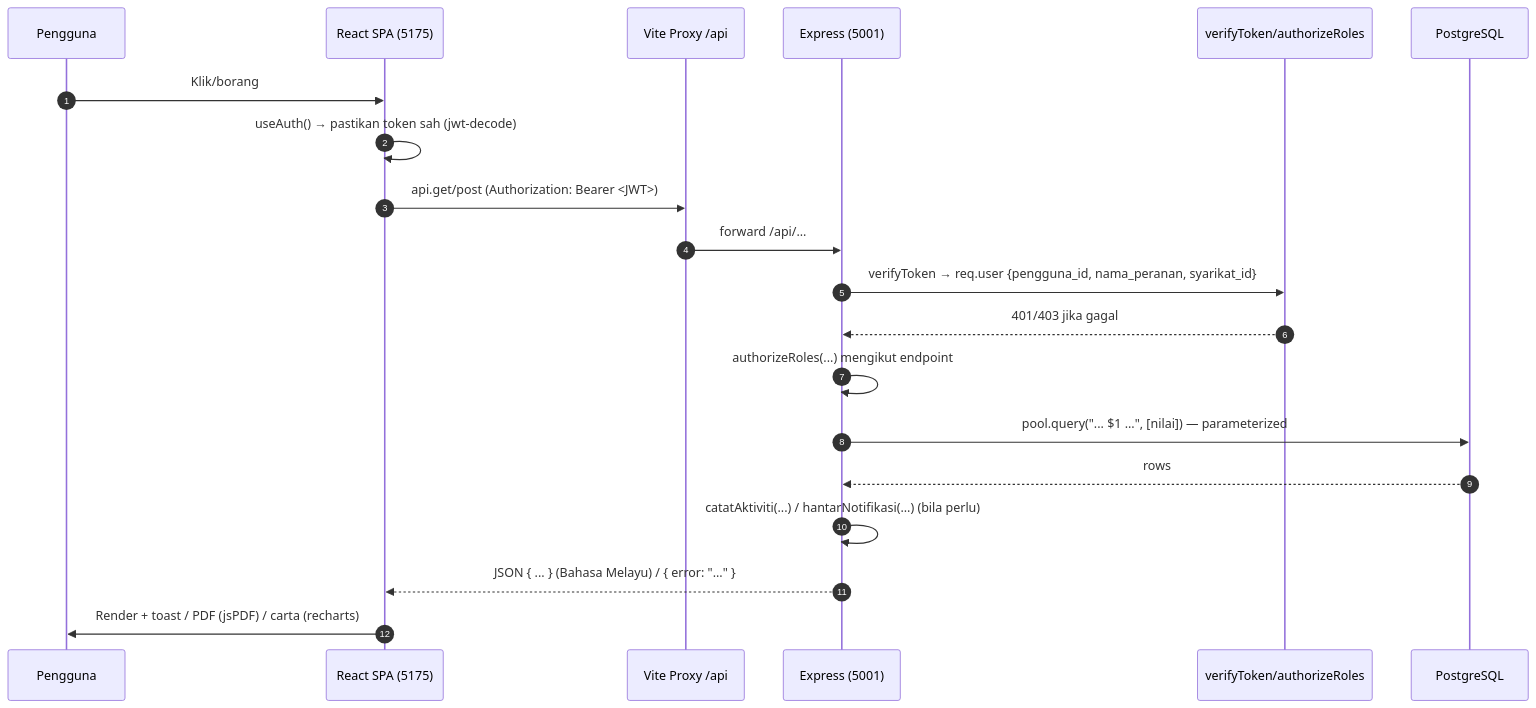
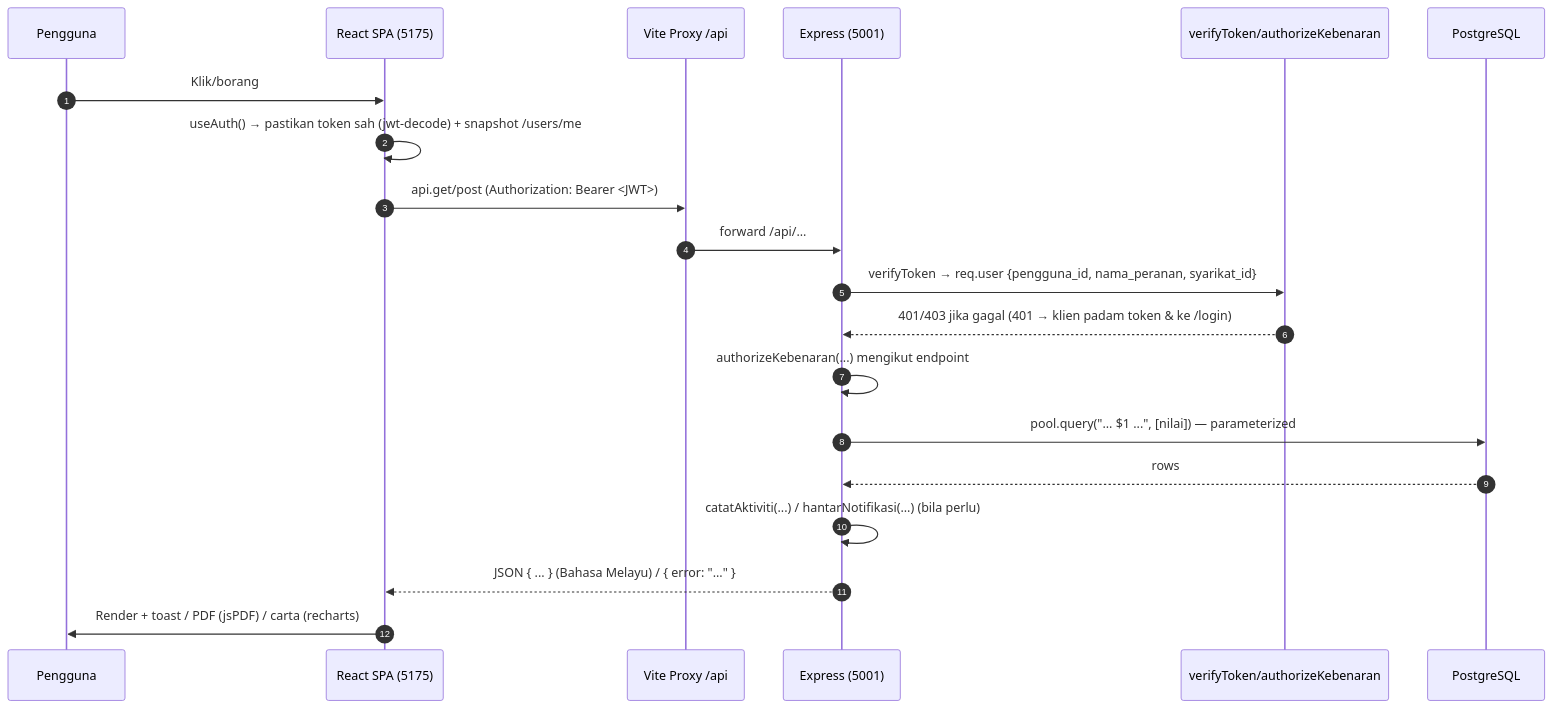
One commit to aimaniss/RiskManagementSystem changed the second of 2 diagrams in docs/pipeline/00-general.md. Above: the diagram before and after it, drawn with Mermaid. The commit also changed other lines of this file and 8 other files, not shown here.

````diff
--- a/docs/pipeline/00-general.md
+++ b/docs/pipeline/00-general.md
@@ -46,23 +46,23 @@
 ```mermaid
 sequenceDiagram
   autonumber
   participant U as Pengguna
   participant FE as React SPA (5175)
   participant P as Vite Proxy /api
   participant BE as Express (5001)
-  participant MW as verifyToken/authorizeRoles
+  participant MW as verifyToken/authorizeKebenaran
   participant DB as PostgreSQL
 
   U->>FE: Klik/borang
-  FE->>FE: useAuth() → pastikan token sah (jwt-decode)
+  FE->>FE: useAuth() → pastikan token sah (jwt-decode) + snapshot /users/me
   FE->>P: api.get/post (Authorization: Bearer <JWT>)
   P->>BE: forward /api/...
   BE->>MW: verifyToken → req.user {pengguna_id, nama_peranan, syarikat_id}
-  MW-->>BE: 401/403 jika gagal
-  BE->>BE: authorizeRoles(...) mengikut endpoint
+  MW-->>BE: 401/403 jika gagal (401 → klien padam token & ke /login)
+  BE->>BE: authorizeKebenaran(...) mengikut endpoint
   BE->>DB: pool.query("... $1 ...", [nilai]) — parameterized
   DB-->>BE: rows
   BE->>BE: catatAktiviti(...) / hantarNotifikasi(...) (bila perlu)
   BE-->>FE: JSON { ... } (Bahasa Melayu) / { error: "..." }
   FE->>U: Render + toast / PDF (jsPDF) / carta (recharts)
 ```
````
